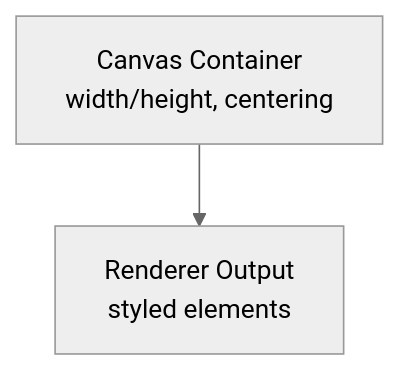
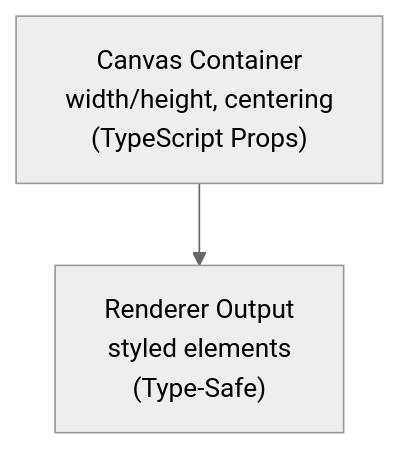
Before and after one commit to Anna0314zy/ai_editor_enginer: the fifth of 8 diagrams in .qoder/repowiki/en/content/Rendering System/Rendering System.md, drawn with Mermaid (neutral theme). The commit also changed other lines of this file and 10 other files, not shown here.

````diff
--- a/.qoder/repowiki/en/content/Rendering System/Rendering System.md
+++ b/.qoder/repowiki/en/content/Rendering System/Rendering System.md
@@ -210,6 +205,6 @@
 ```mermaid
 graph TB
-CONTAINER["Canvas Container<br/>width/height, centering"]
-RENDERER["Renderer Output<br/>styled elements"]
+CONTAINER["Canvas Container<br/>width/height, centering<br/>(TypeScript Props)"]
+RENDERER["Renderer Output<br/>styled elements<br/>(Type-Safe)"]
 CONTAINER --> RENDERER
 ```
````
